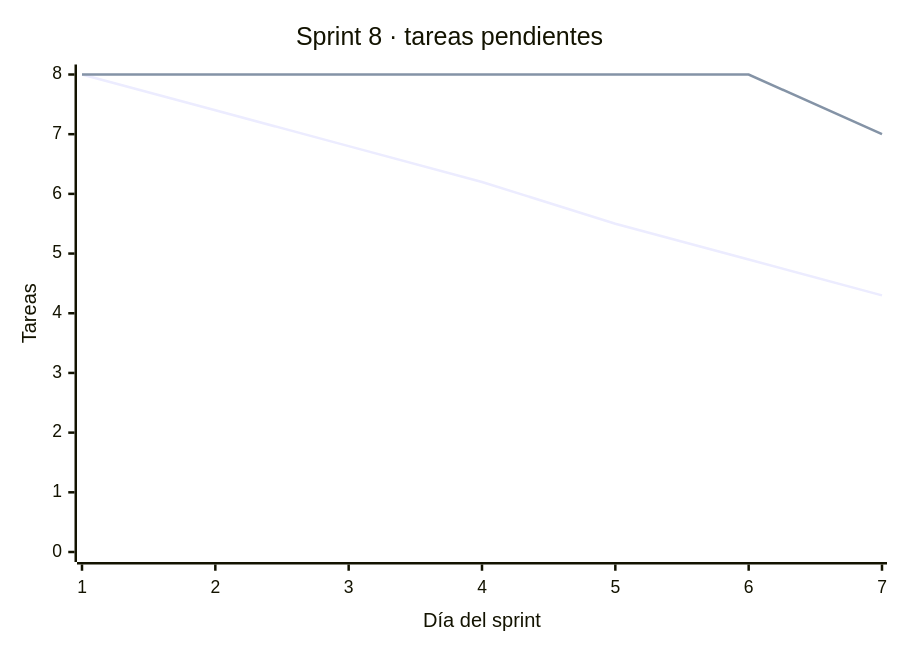
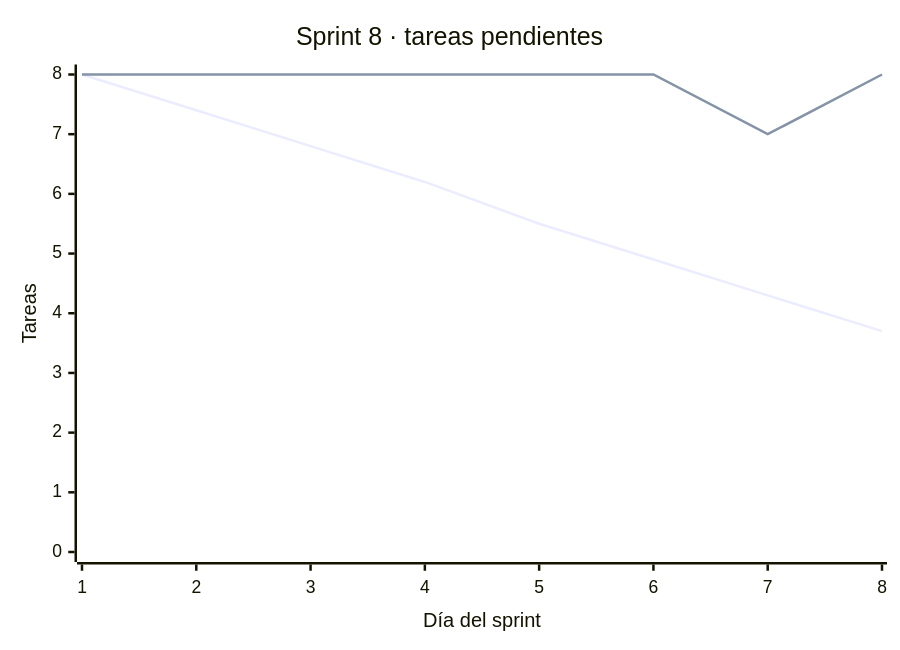
The diagram in fase-2-desarrollo/docs/scrum/sprint-08.md (avenaaaa/KANCHA), drawn with Mermaid before and after one commit. The commit also changed other lines of this file and 9 other files, not shown here.

````diff
--- a/fase-2-desarrollo/docs/scrum/sprint-08.md
+++ b/fase-2-desarrollo/docs/scrum/sprint-08.md
@@ -72,8 +76,8 @@
 ```mermaid
 xychart-beta
     title "Sprint 8 · tareas pendientes"
-    x-axis "Día del sprint" [1, 2, 3, 4, 5, 6, 7]
+    x-axis "Día del sprint" [1, 2, 3, 4, 5, 6, 7, 8]
     y-axis "Tareas" 0 --> 8
-    line [8, 7.4, 6.8, 6.2, 5.5, 4.9, 4.3]
-    line [8, 8, 8, 8, 8, 8, 7]
+    line [8, 7.4, 6.8, 6.2, 5.5, 4.9, 4.3, 3.7]
+    line [8, 8, 8, 8, 8, 8, 7, 8]
 ```
````
